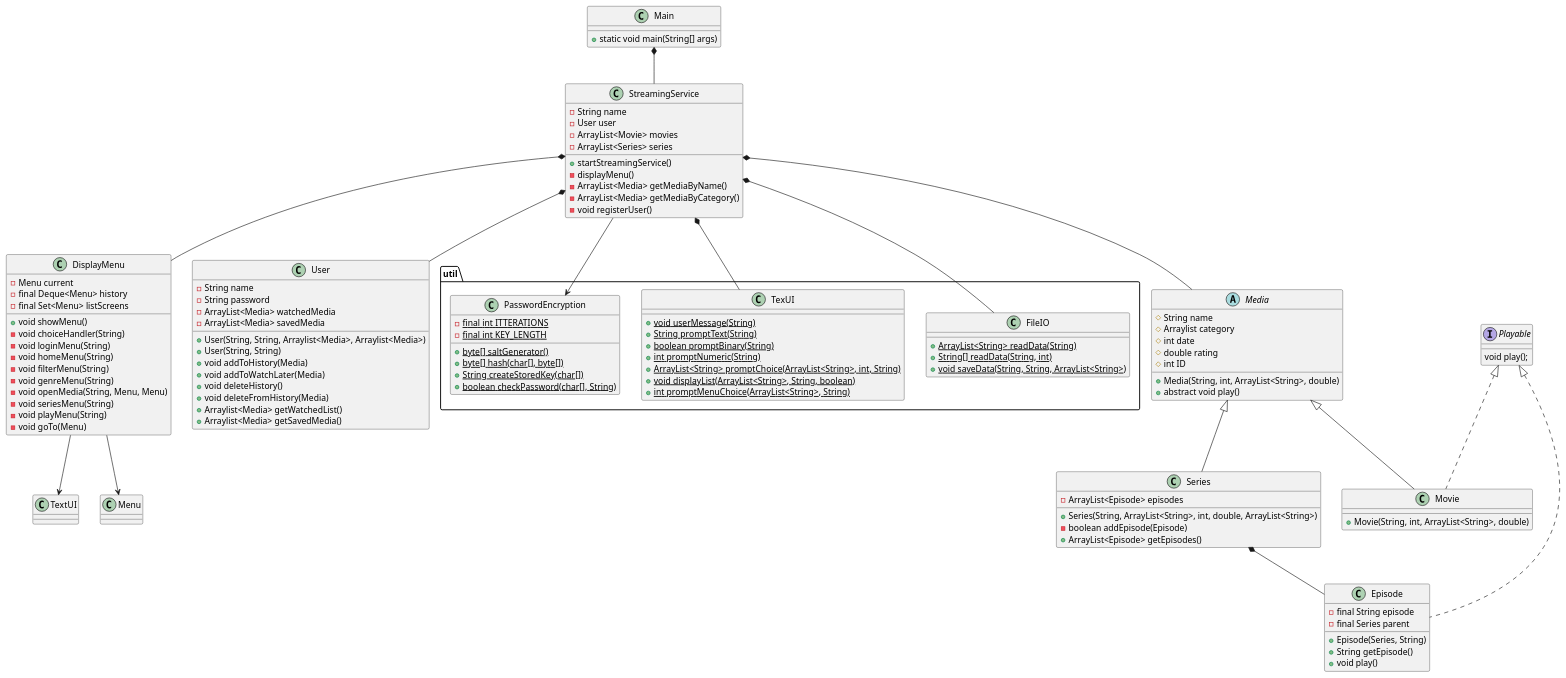
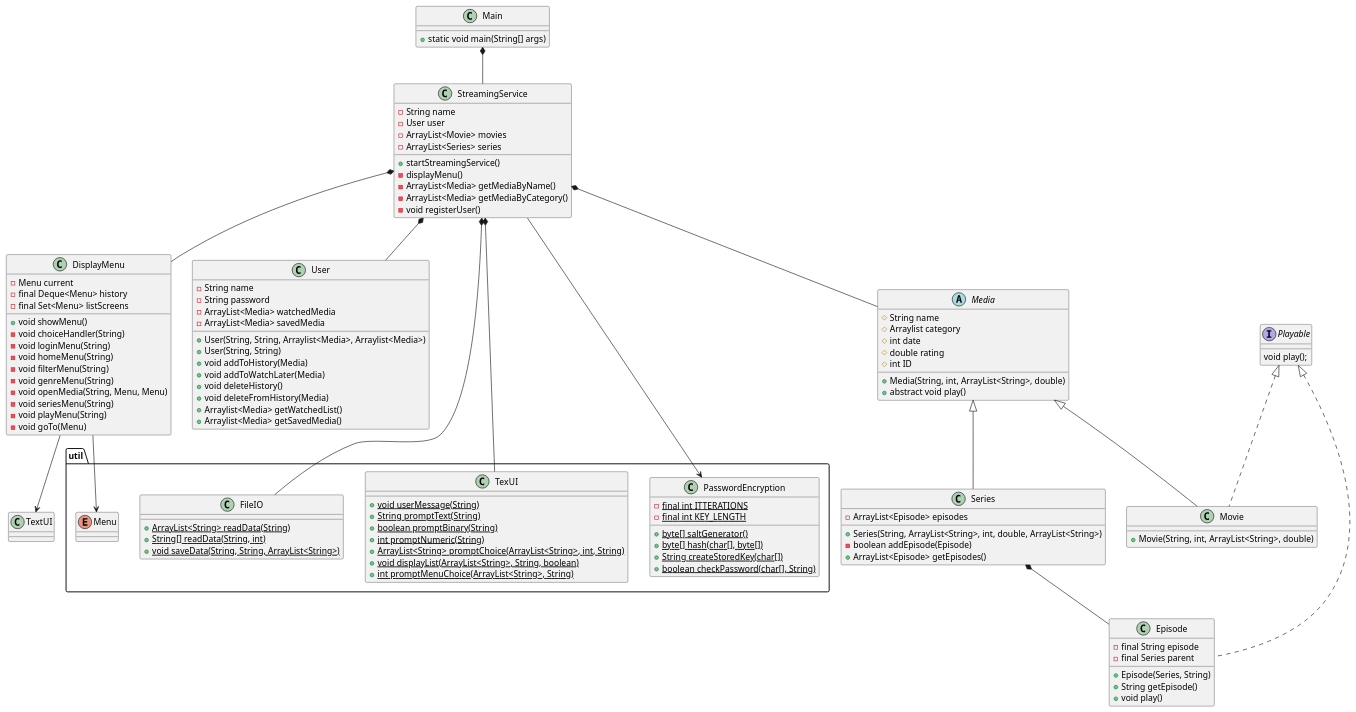
The diagram in doc/static/classDiagram.puml (Studiegruppe-B/SP3-Streamingtjeneste), drawn with PlantUML before and after one commit. The commit also changed 4 other files, not shown here.

```diff
--- a/doc/static/classDiagram.puml
+++ b/doc/static/classDiagram.puml
@@ -1,131 +1,131 @@
 @startuml
 class Main{
 + static void main(String[] args)
 
 }
 
 class StreamingService{
 - String name
 - User user
 - ArrayList<Movie> movies
 - ArrayList<Series> series
 + startStreamingService()
 - displayMenu()
 - ArrayList<Media> getMediaByName()
 - ArrayList<Media> getMediaByCategory()
 - void registerUser()
 }
 
 
 
 
 abstract class Media{
 # String name
 # Arraylist category
 # int date
 # double rating
 # int ID
 + Media(String, int, ArrayList<String>, double)
 + abstract void play()
 
 }
 interface Playable {
 void play();
 }
 
 class Episode implements Playable {
 - final String episode
 - final Series parent
 + Episode(Series, String)
 + String getEpisode()
 + void play()
 }
 
 class Movie implements Playable{
 + Movie(String, int, ArrayList<String>, double)
 }
 
 class Series {
 - ArrayList<Episode> episodes
 + Series(String, ArrayList<String>, int, double, ArrayList<String>)
 - boolean addEpisode(Episode)
 + ArrayList<Episode> getEpisodes()
 }
 
 class DisplayMenu{
 - Menu current
 - final Deque<Menu> history
 - final Set<Menu> listScreens
 + void showMenu()
 - void choiceHandler(String)
 - void loginMenu(String)
 - void homeMenu(String)
 - void filterMenu(String)
 - void genreMenu(String)
 - void openMedia(String, Menu, Menu)
 - void seriesMenu(String)
 - void playMenu(String)
 - void goTo(Menu)
 }
 
 
 class User{
 - String name
 - String password
 - ArrayList<Media> watchedMedia
 - ArrayList<Media> savedMedia
 + User(String, String, Arraylist<Media>, Arraylist<Media>)
 + User(String, String)
 + void addToHistory(Media)
 + void addToWatchLater(Media)
 + void deleteHistory()
 + void deleteFromHistory(Media)
 + Arraylist<Media> getWatchedList()
 + Arraylist<Media> getSavedMedia()
 }
 
 package "util"{
 class FileIO{
 + {static} ArrayList<String> readData(String)
 + {static} String[] readData(String, int)
 + {static} void saveData(String, String, ArrayList<String>)
 }
 
 class TexUI{
 + {static} void userMessage(String)
 + {static} String promptText(String)
 + {static} boolean promptBinary(String)
 + {static} int promptNumeric(String)
 + {static} ArrayList<String> promptChoice(ArrayList<String>, int, String)
 + {static} void displayList(ArrayList<String>, String, boolean)
 + {static} int promptMenuChoice(ArrayList<String>, String)
 
 }
 
 class PasswordEncryption{
 - {static} final int ITTERATIONS
 - {static} final int KEY_LENGTH
 + {static} byte[] saltGenerator()
 + {static} byte[] hash(char[], byte[])
 + {static} String createStoredKey(char[])
 + {static} boolean checkPassword(char[], String)
 }
 
-
+enum Menu
 
 
 }
 
 Main *-- StreamingService
 StreamingService *-- Media
 StreamingService *-- FileIO
 StreamingService *-- TexUI
 StreamingService *-- User
 StreamingService *-- DisplayMenu
 Media <|-- Movie
 Media <|-- Series
 Series *-- Episode
 StreamingService --> PasswordEncryption
 DisplayMenu --> Menu
 DisplayMenu --> TextUI
 @enduml
```
